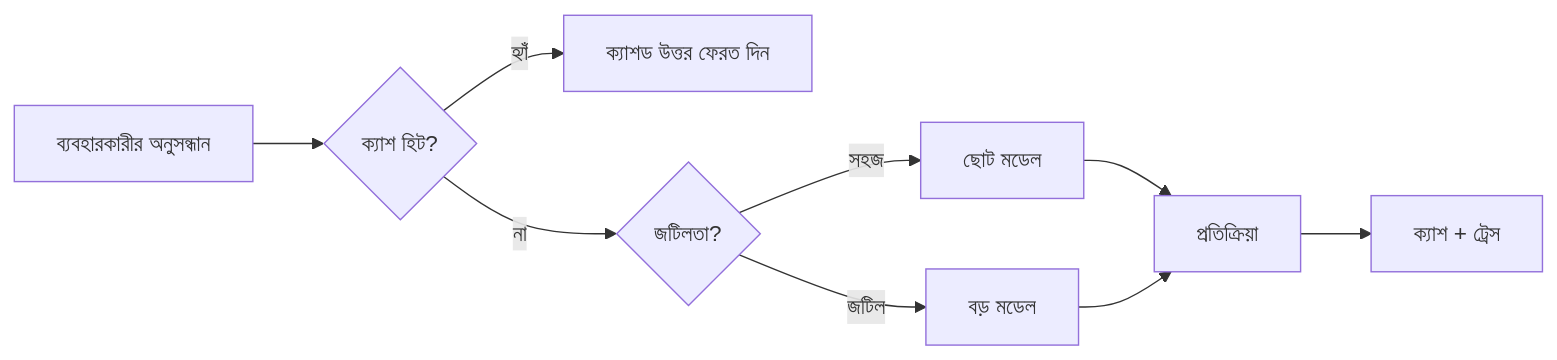
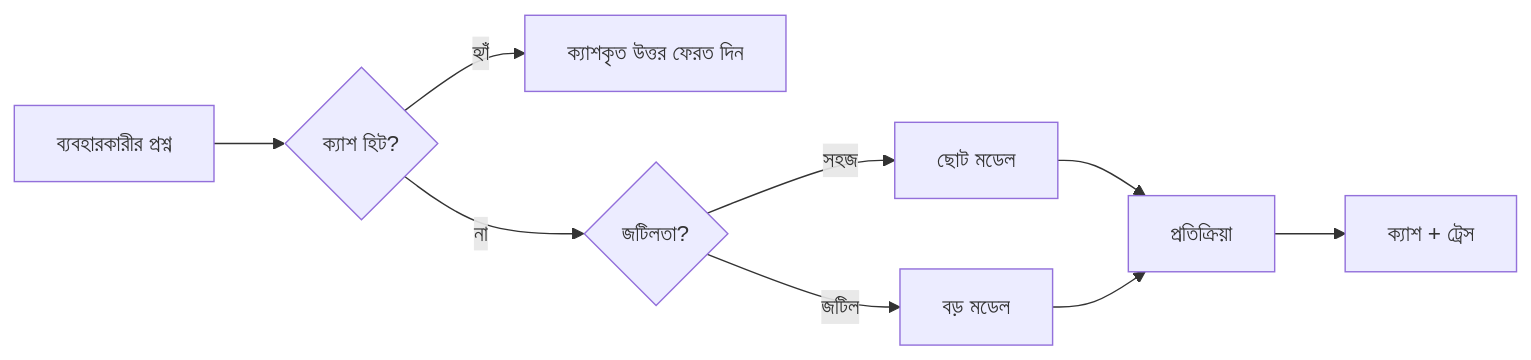
Before and after one commit to microsoft/ai-agents-for-beginners: the third of 4 diagrams in translations/bn/16-deploying-scalable-agents/README.md, drawn with Mermaid. The commit also changed other lines of this file and 45 other files, not shown here.

````diff
--- a/translations/bn/16-deploying-scalable-agents/README.md
+++ b/translations/bn/16-deploying-scalable-agents/README.md
@@ -134,11 +134,11 @@
 ```mermaid
 flowchart LR
-    Q[ব্যবহারকারীর অনুসন্ধান] --> C{ক্যাশ হিট?}
-    C -->|হ্যাঁ| R[ক্যাশড উত্তর ফেরত দিন]
+    Q[ব্যবহারকারীর প্রশ্ন] --> C{ক্যাশ হিট?}
+    C -->|হ্যাঁ| R[ক্যাশকৃত উত্তর ফেরত দিন]
     C -->|না| Router{জটিলতা?}
     Router -->|সহজ| SLM[ছোট মডেল]
     Router -->|জটিল| LLM[বড় মডেল]
     SLM --> Out[প্রতিক্রিয়া]
     LLM --> Out
     Out --> Store[ক্যাশ + ট্রেস]
 ```
````
